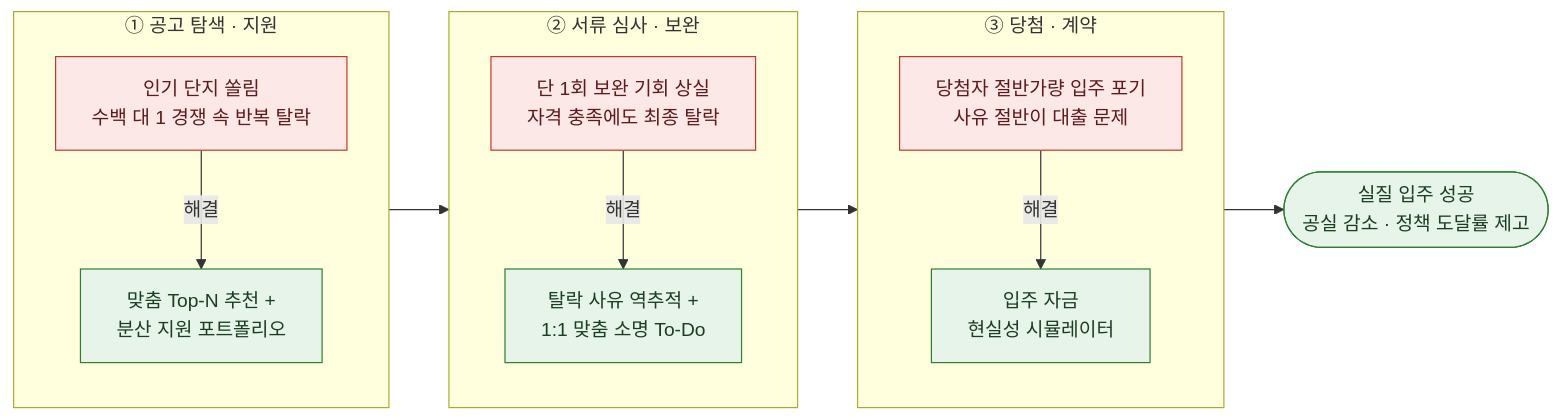
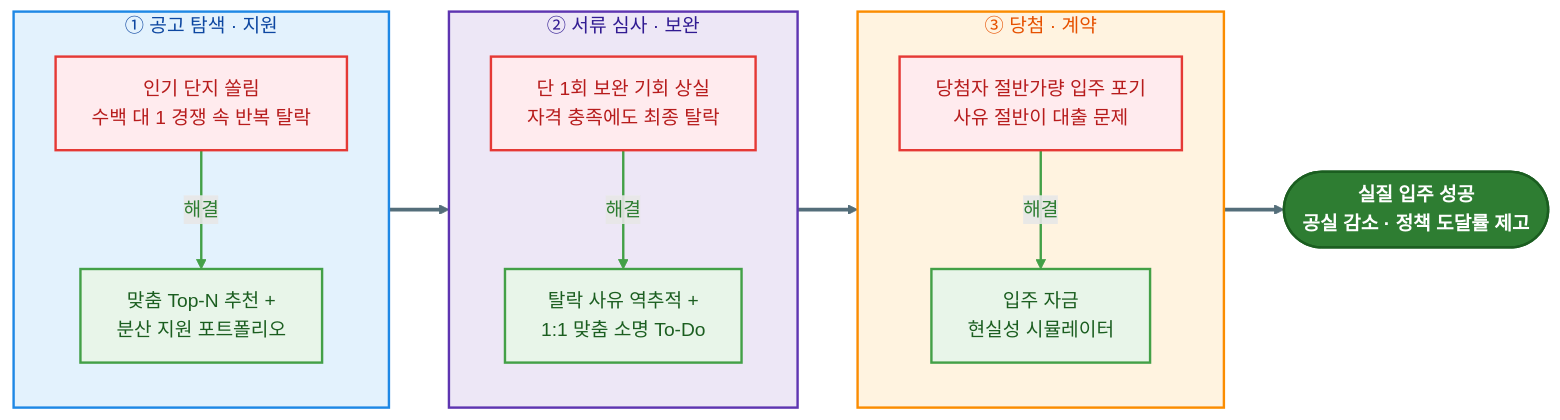
One commit to nixeast/Sessac_Hackerton changed the first of 3 diagrams in Document/IdeaProposal_draft.md. Above: the diagram before and after it, drawn with Mermaid. The commit also changed other lines of this file, not shown here.

Commit message:
update diagram style

````diff
--- a/Document/IdeaProposal_draft.md
+++ b/Document/IdeaProposal_draft.md
@@ -22,21 +22,30 @@
 ```mermaid
 flowchart LR
     subgraph R1["① 공고 탐색 · 지원"]
         direction TB
         P1["인기 단지 쏠림<br/>수백 대 1 경쟁 속 반복 탈락"] -- "해결" --> S1["맞춤 Top-N 추천 +<br/>분산 지원 포트폴리오"]
     end
     subgraph R2["② 서류 심사 · 보완"]
         direction TB
         P2["단 1회 보완 기회 상실<br/>자격 충족에도 최종 탈락"] -- "해결" --> S2["탈락 사유 역추적 +<br/>1:1 맞춤 소명 To-Do"]
     end
     subgraph R3["③ 당첨 · 계약"]
         direction TB
         P3["당첨자 절반가량 입주 포기<br/>사유 절반이 대출 문제"] -- "해결" --> S3["입주 자금<br/>현실성 시뮬레이터"]
     end
     R1 --> R2 --> R3 --> G(["실질 입주 성공<br/>공실 감소 · 정책 도달률 제고"])
 
-    classDef pain fill:#fde8e8,stroke:#c0392b,color:#5c1a1a
-    classDef fix fill:#e6f4ea,stroke:#2e7d32,color:#1b3d20
+    classDef pain fill:#FFEBEE,stroke:#E53935,stroke-width:2px,color:#B71C1C
+    classDef fix fill:#E8F5E9,stroke:#43A047,stroke-width:2px,color:#1B5E20
+    classDef goal fill:#2E7D32,stroke:#1B5E20,stroke-width:2px,color:#FFFFFF,font-weight:bold
     class P1,P2,P3 pain
-    class S1,S2,S3,G fix
+    class S1,S2,S3 fix
+    class G goal
+
+    style R1 fill:#E3F2FD,stroke:#1E88E5,stroke-width:2px,color:#0D47A1
+    style R2 fill:#EDE7F6,stroke:#5E35B1,stroke-width:2px,color:#311B92
+    style R3 fill:#FFF3E0,stroke:#FB8C00,stroke-width:2px,color:#E65100
+
+    linkStyle 0,1,2 stroke:#43A047,stroke-width:2px,color:#2E7D32
+    linkStyle 3,4,5 stroke:#546E7A,stroke-width:3px
 ```
````
